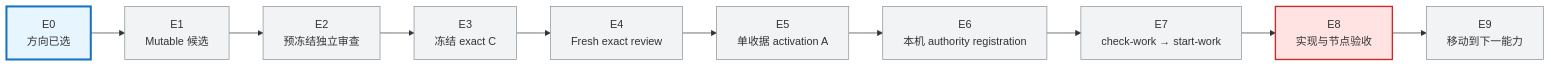
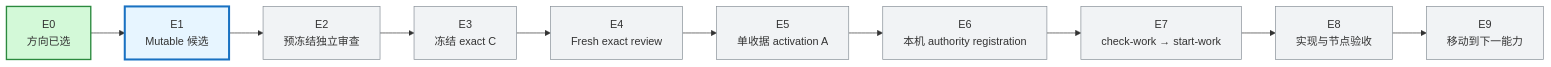
One commit to j-a-v-e-n/knowledge-vault changed the second of 2 diagrams in MyBrain/automation/reports/investment-discipline-system/CURRENT_PROGRESS.md. Above: the diagram before and after it, drawn with Mermaid. The commit also changed other lines of this file, not shown here.

````diff
--- a/MyBrain/automation/reports/investment-discipline-system/CURRENT_PROGRESS.md
+++ b/MyBrain/automation/reports/investment-discipline-system/CURRENT_PROGRESS.md
@@ -60,20 +60,20 @@
 ```mermaid
 flowchart LR
     E0["E0<br/>方向已选"] --> E1["E1<br/>Mutable 候选"]
     E1 --> E2["E2<br/>预冻结独立审查"]
     E2 --> E3["E3<br/>冻结 exact C"]
     E3 --> E4["E4<br/>Fresh exact review"]
     E4 --> E5["E5<br/>单收据 activation A"]
     E5 --> E6["E6<br/>本机 authority registration"]
     E6 --> E7["E7<br/>check-work → start-work"]
     E7 --> E8["E8<br/>实现与节点验收"]
     E8 --> E9["E9<br/>移动到下一能力"]
 
     classDef done fill:#d3f9d8,stroke:#2b8a3e,stroke-width:2px;
     classDef current fill:#e7f5ff,stroke:#1971c2,stroke-width:3px;
     classDef failed fill:#ffe3e3,stroke:#c92a2a,stroke-width:2px;
     classDef pending fill:#f1f3f5,stroke:#868e96;
-    class E0 current;
-    class E8 failed;
-    class E1,E2,E3,E4,E5,E6,E7,E9 pending;
+    class E0 done;
+    class E1 current;
+    class E2,E3,E4,E5,E6,E7,E8,E9 pending;
 ```
````
